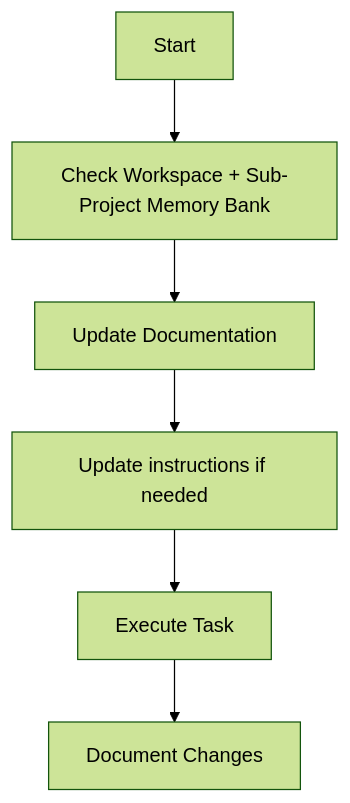
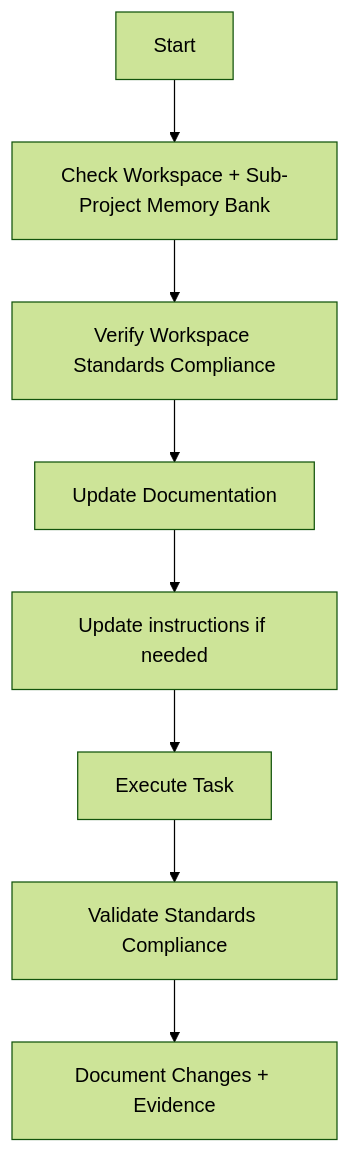
Before and after one commit to airsstack/airsstack: the third of 6 diagrams in .copilot/instructions/multi_project_memory_bank.instructions.md, drawn with Mermaid (forest theme). The commit also changed other lines of this file and 6 other files, not shown here.

````diff
--- a/.copilot/instructions/multi_project_memory_bank.instructions.md
+++ b/.copilot/instructions/multi_project_memory_bank.instructions.md
@@ -105,8 +119,10 @@
 ```mermaid
 flowchart TD
     Start[Start] --> Context[Check Workspace + Sub-Project Memory Bank]
-    Context --> Update[Update Documentation]
+    Context --> Standards[Verify Workspace Standards Compliance]
+    Standards --> Update[Update Documentation]
     Update --> Rules[Update instructions if needed]
     Rules --> Execute[Execute Task]
-    Execute --> Document[Document Changes]
+    Execute --> Validate[Validate Standards Compliance]
+    Validate --> Document[Document Changes + Evidence]
 ```
````
